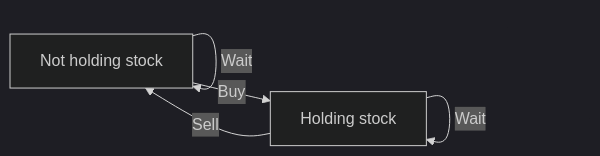
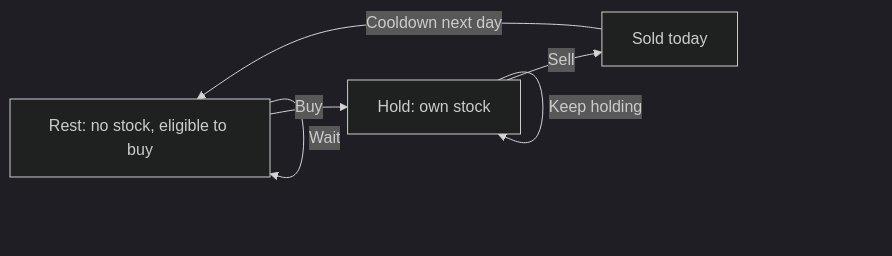
Before and after one commit to gaurav1kr/Miscellaneous: the diagram in DSA/DP/DP_Mathematics_Master_Guide_Illustrated/Theory/Chapter-08.md, drawn with Mermaid (dark theme). The commit also changed other lines of this file and 320 other files, not shown here.

````diff
--- a/DSA/DP/DP_Mathematics_Master_Guide_Illustrated/Theory/Chapter-08.md
+++ b/DSA/DP/DP_Mathematics_Master_Guide_Illustrated/Theory/Chapter-08.md
@@ -17,7 +25,8 @@
 ```mermaid
 flowchart LR
- A["Not holding stock"] -->|Buy| B["Holding stock"]
- B -->|Sell| A
- A -->|Wait| A
- B -->|Wait| B
+ R["Rest: no stock, eligible to buy"] -->|Buy| H["Hold: own stock"]
+ H -->|Sell| S["Sold today"]
+ S -->|Cooldown next day| R
+ H -->|Keep holding| H
+ R -->|Wait| R
 ```
````
